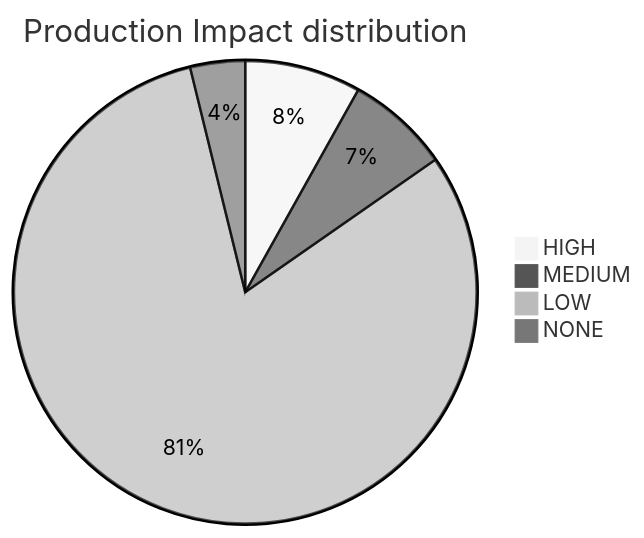
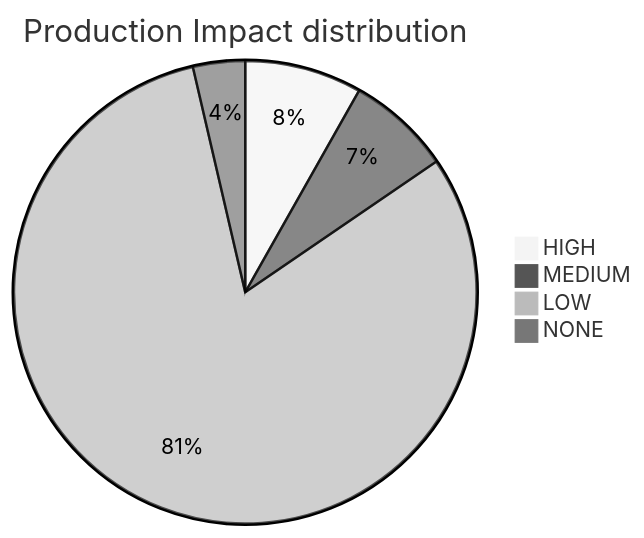
One commit to mikeybeezy/goldenpath-idp-infra changed the second of 2 diagrams in PLATFORM_HEALTH.md. Above: the diagram before and after it, drawn with Mermaid (neutral theme). The commit also changed other lines of this file and 425 other files, not shown here.

````diff
--- a/PLATFORM_HEALTH.md
+++ b/PLATFORM_HEALTH.md
@@ -54,7 +52,7 @@
 ```mermaid
 pie title Production Impact distribution
     "HIGH" : 36
     "MEDIUM" : 32
-    "LOW" : 359
-    "NONE" : 17
+    "LOW" : 356
+    "NONE" : 16
 ```
````
